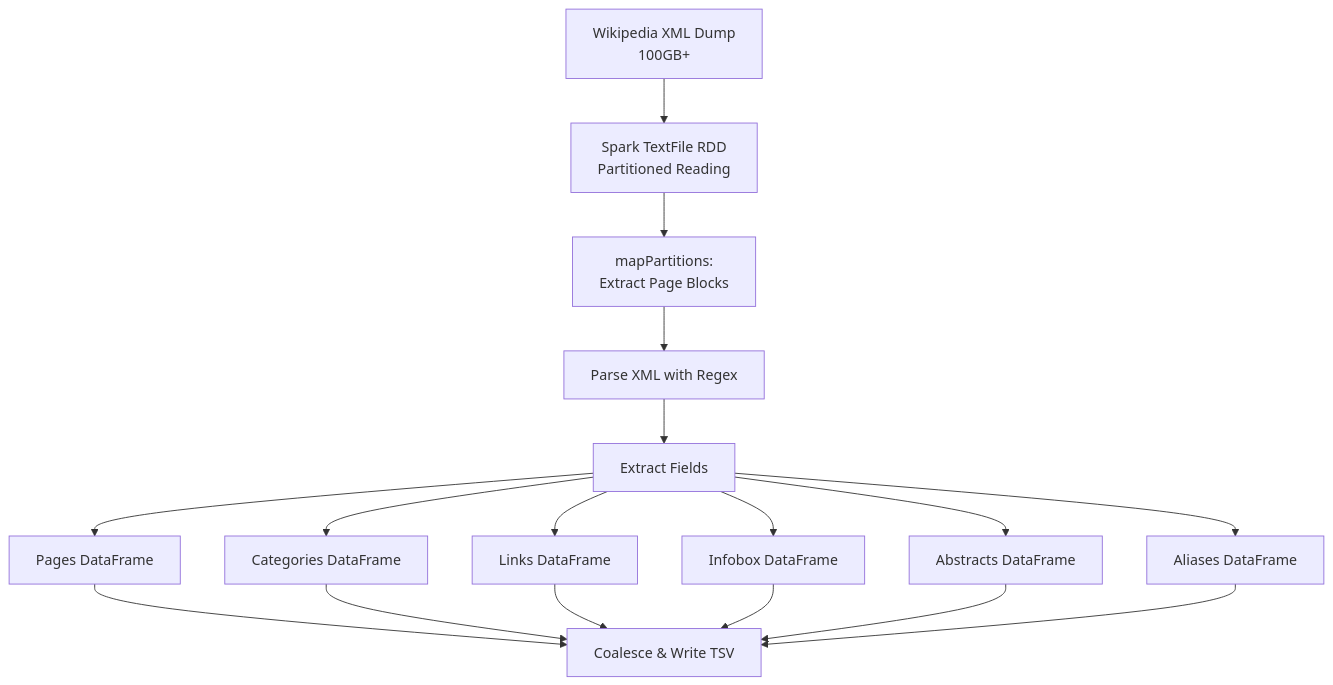
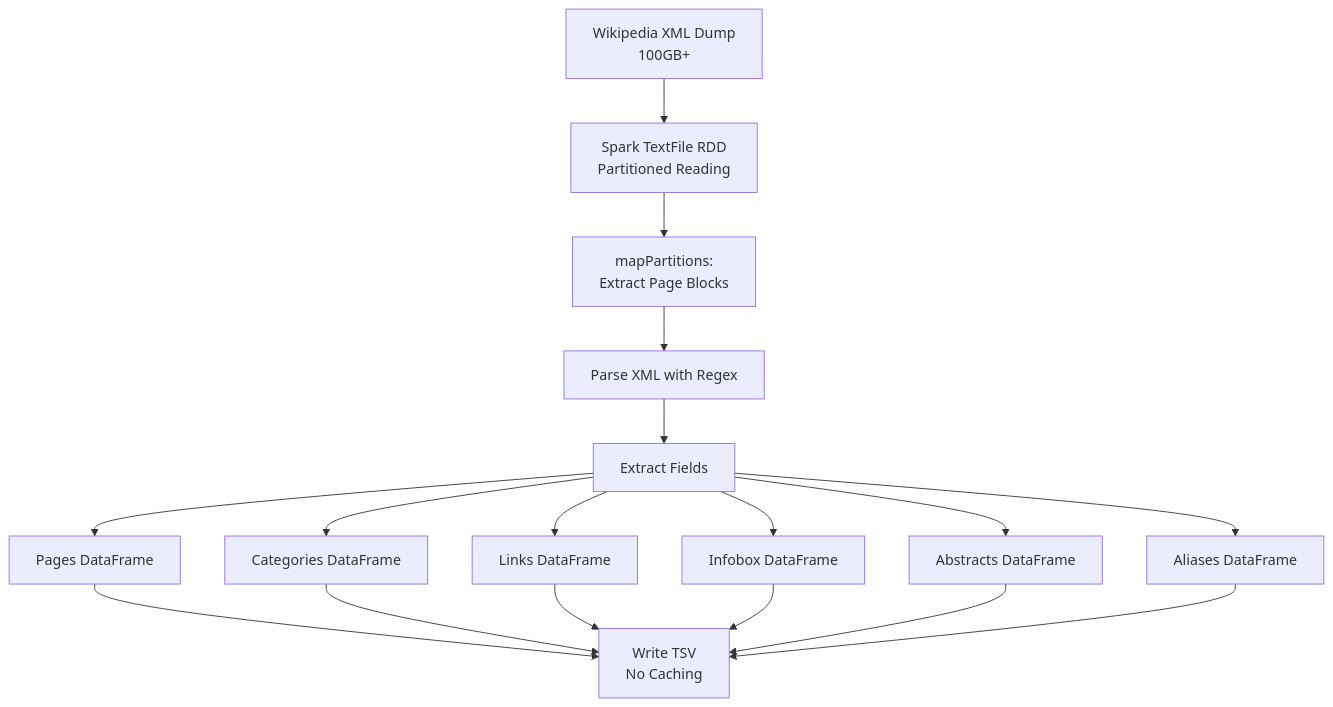
The diagram in WIKI_EXTRACTION.md (andrejvysny/fiit-vinf), drawn with Mermaid before and after one commit. The commit also changed other lines of this file and 13 other files, not shown here.

````diff
--- a/WIKI_EXTRACTION.md
+++ b/WIKI_EXTRACTION.md
@@ -133,21 +142,21 @@
 ```mermaid
 flowchart TD
     A[Wikipedia XML Dump<br/>100GB+] --> B[Spark TextFile RDD<br/>Partitioned Reading]
     B --> C[mapPartitions:<br/>Extract Page Blocks]
     C --> D[Parse XML with Regex]
     D --> E[Extract Fields]
 
     E --> F[Pages DataFrame]
     E --> G[Categories DataFrame]
     E --> H[Links DataFrame]
     E --> I[Infobox DataFrame]
     E --> J[Abstracts DataFrame]
     E --> K[Aliases DataFrame]
 
-    F --> L[Coalesce & Write TSV]
+    F --> L[Write TSV<br/>No Caching]
     G --> L
     H --> L
     I --> L
     J --> L
     K --> L
 ```
````
